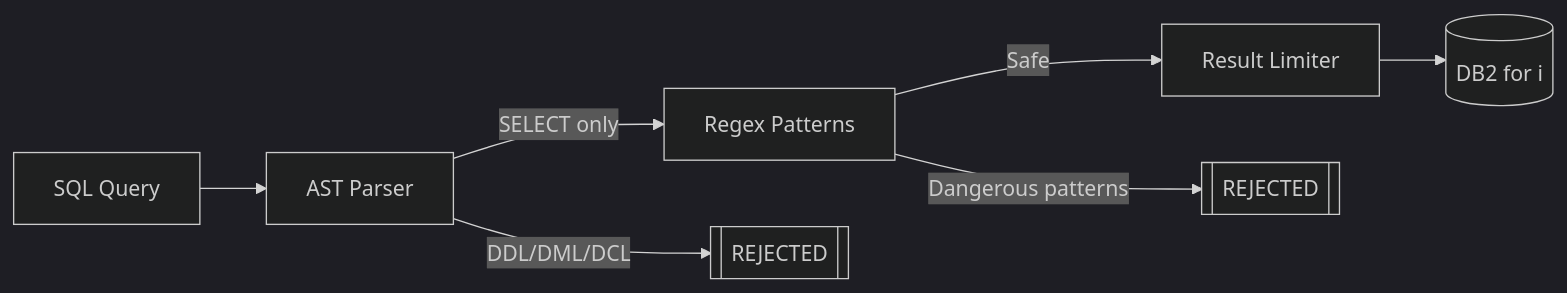
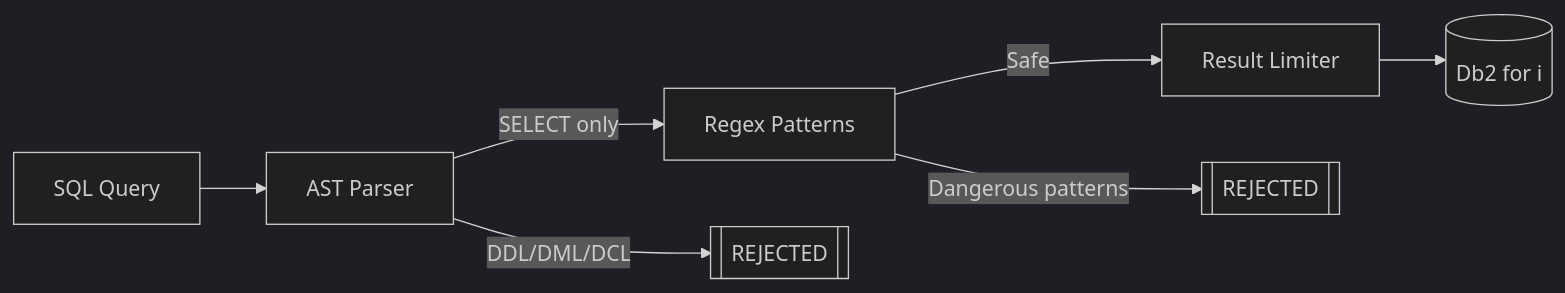
The diagram in docs/security.md (Strom-Capital/mcp-server-db2i), drawn with Mermaid (dark theme) before and after one commit. The commit also changed 24 other files, not shown here.

````diff
--- a/docs/security.md
+++ b/docs/security.md
@@ -130,9 +130,9 @@
 ```mermaid
 flowchart LR
     query["SQL Query"] --> ast["AST Parser"]
     ast -->|"SELECT only"| regex["Regex Patterns"]
     ast -->|"DDL/DML/DCL"| reject1[["REJECTED"]]
     regex -->|"Safe"| limit["Result Limiter"]
     regex -->|"Dangerous patterns"| reject2[["REJECTED"]]
-    limit --> db[("DB2 for i")]
+    limit --> db[("Db2 for i")]
 ```
````
